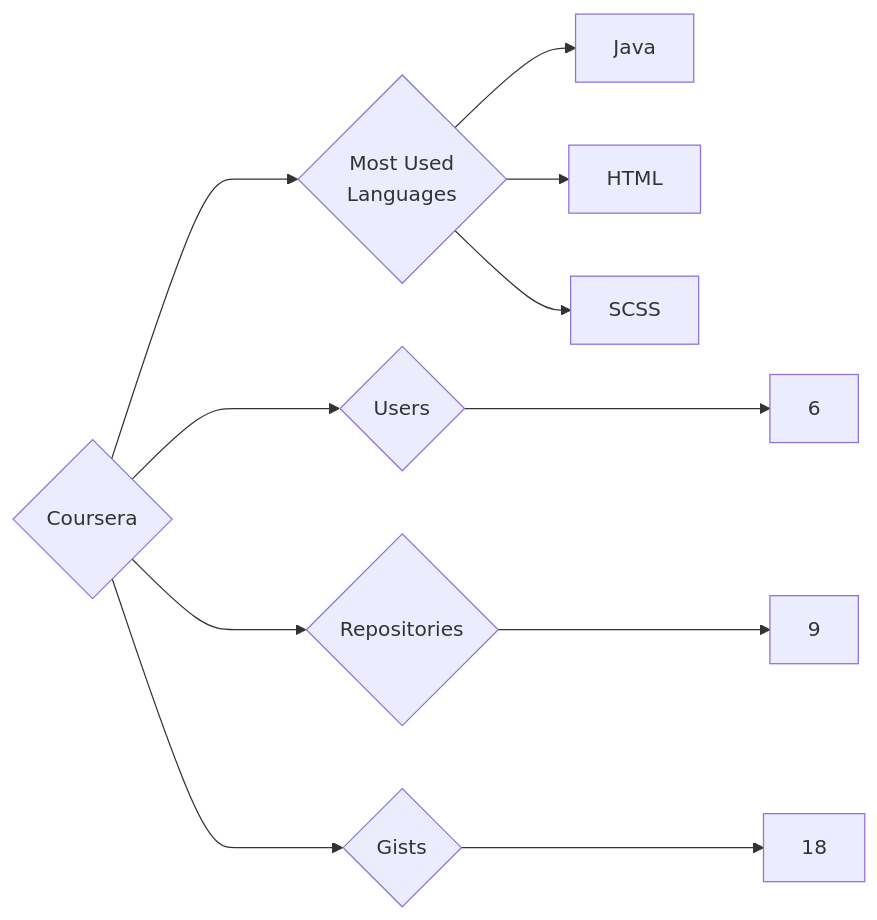
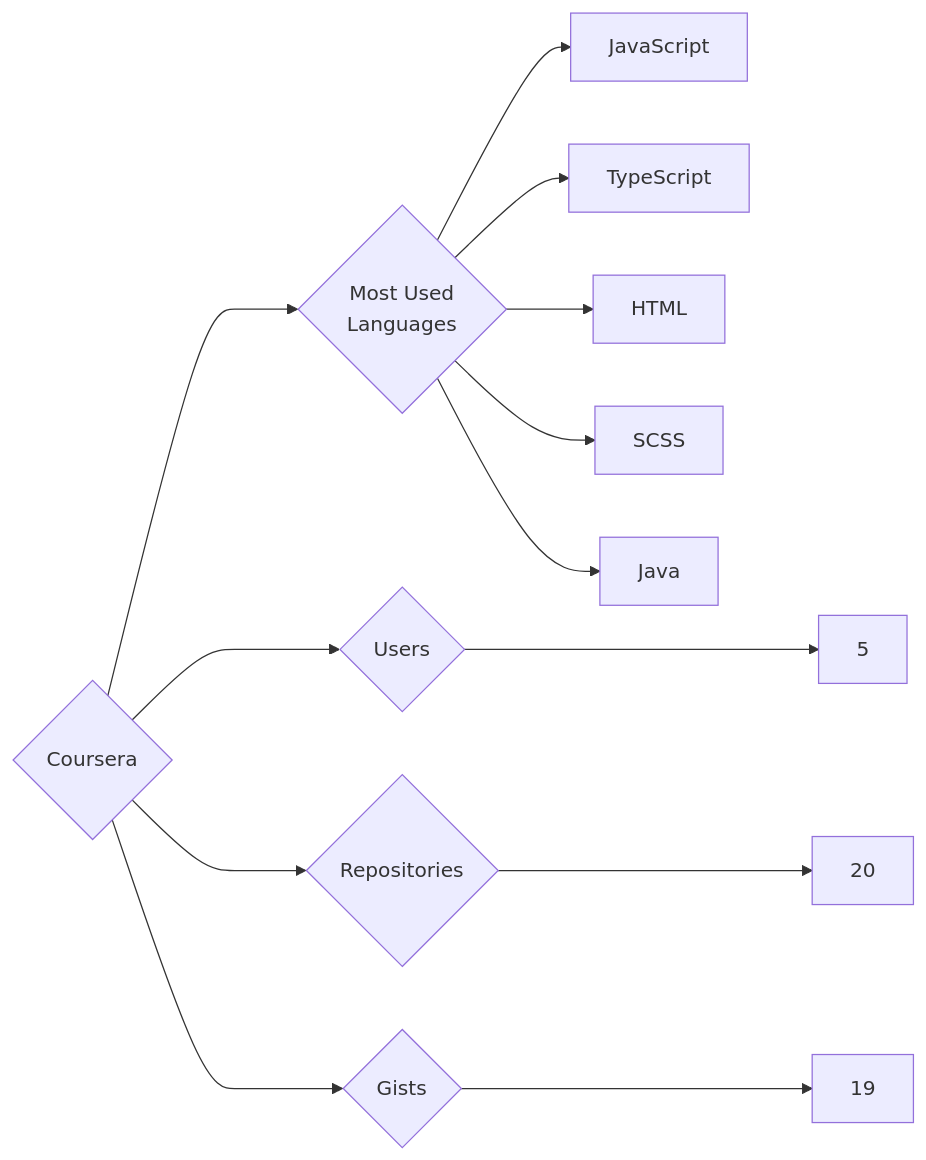
The diagram in targets/Coursera/README.md (trickest/insiders), drawn with Mermaid before and after one commit. The commit also changed 938 other files, not shown here.

````diff
--- a/targets/Coursera/README.md
+++ b/targets/Coursera/README.md
@@ -3,11 +3,13 @@
 ```mermaid
 graph LR
 COMPANY_NAME{Coursera}
-COMPANY_NAME ---> U{Users} ---> UN[6]
-COMPANY_NAME ---> R{Repositories} ---> RN[9]
-COMPANY_NAME ---> G{Gists} ---> GN[18]
+COMPANY_NAME ---> U{Users} ---> UN[5]
+COMPANY_NAME ---> R{Repositories} ---> RN[20]
+COMPANY_NAME ---> G{Gists} ---> GN[19]
 COMPANY_NAME ---> ML{Most Used<br>Languages}
-ML --> Java[Java]
+ML --> JavaScript[JavaScript]
+ML --> TypeScript[TypeScript]
 ML --> HTML[HTML]
 ML --> SCSS[SCSS]
+ML --> Java[Java]
 ```
````
